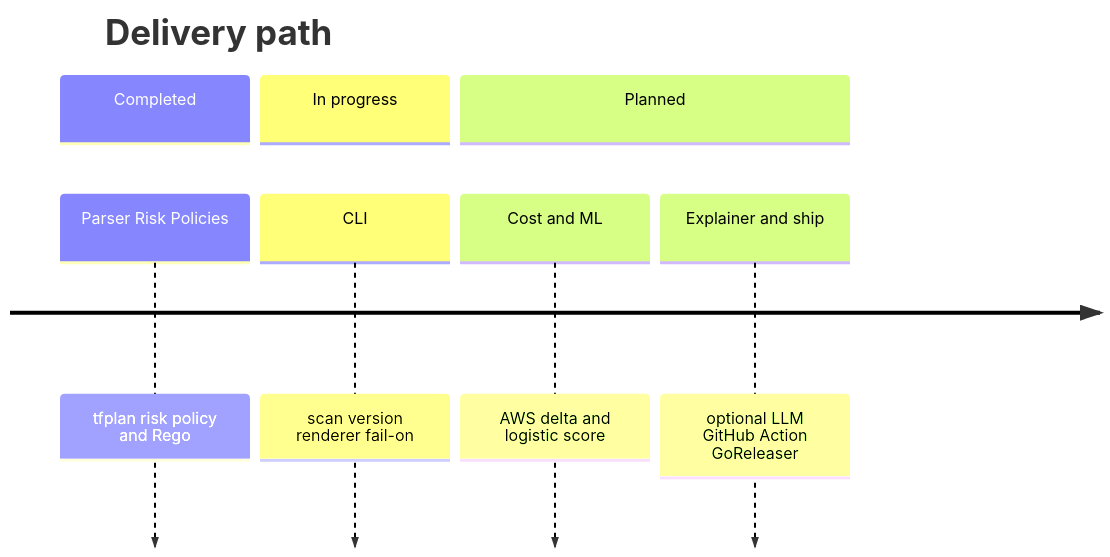
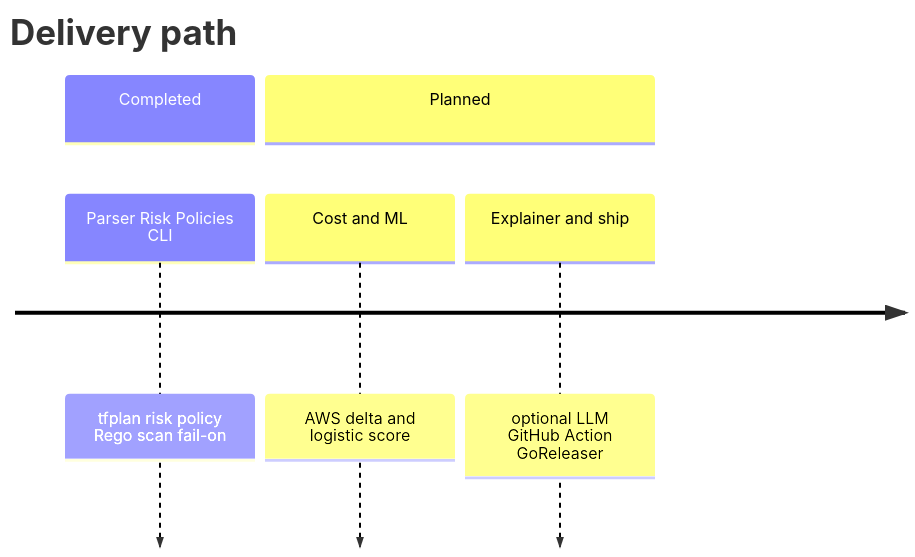
One commit to SamyBaouche/iac-sentinel changed diagram 13 of 13 in README.md. Above: the diagram before and after it, drawn with Mermaid. The commit also changed other lines of this file and 9 other files, not shown here.

First line of the commit message:
Add CLI scan command with terminal report and --fail-on.

````diff
--- a/README.md
+++ b/README.md
@@ -441,11 +452,9 @@
 ```mermaid
 timeline
   title Delivery path
   section Completed
-    Parser Risk Policies : tfplan risk policy and Rego
-  section In progress
-    CLI : scan version renderer fail-on
+    Parser Risk Policies CLI : tfplan risk policy Rego scan fail-on
   section Planned
     Cost and ML : AWS delta and logistic score
     Explainer and ship : optional LLM GitHub Action GoReleaser
 ```
````
